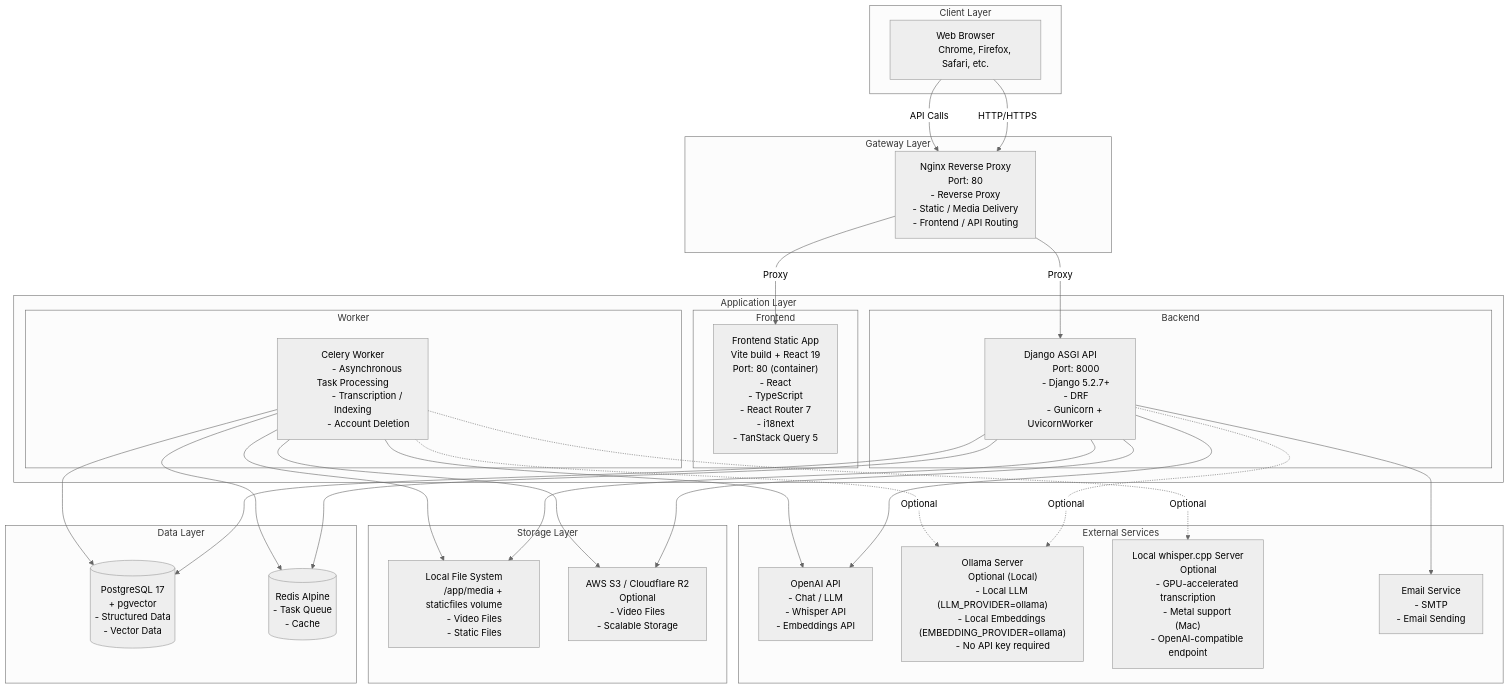
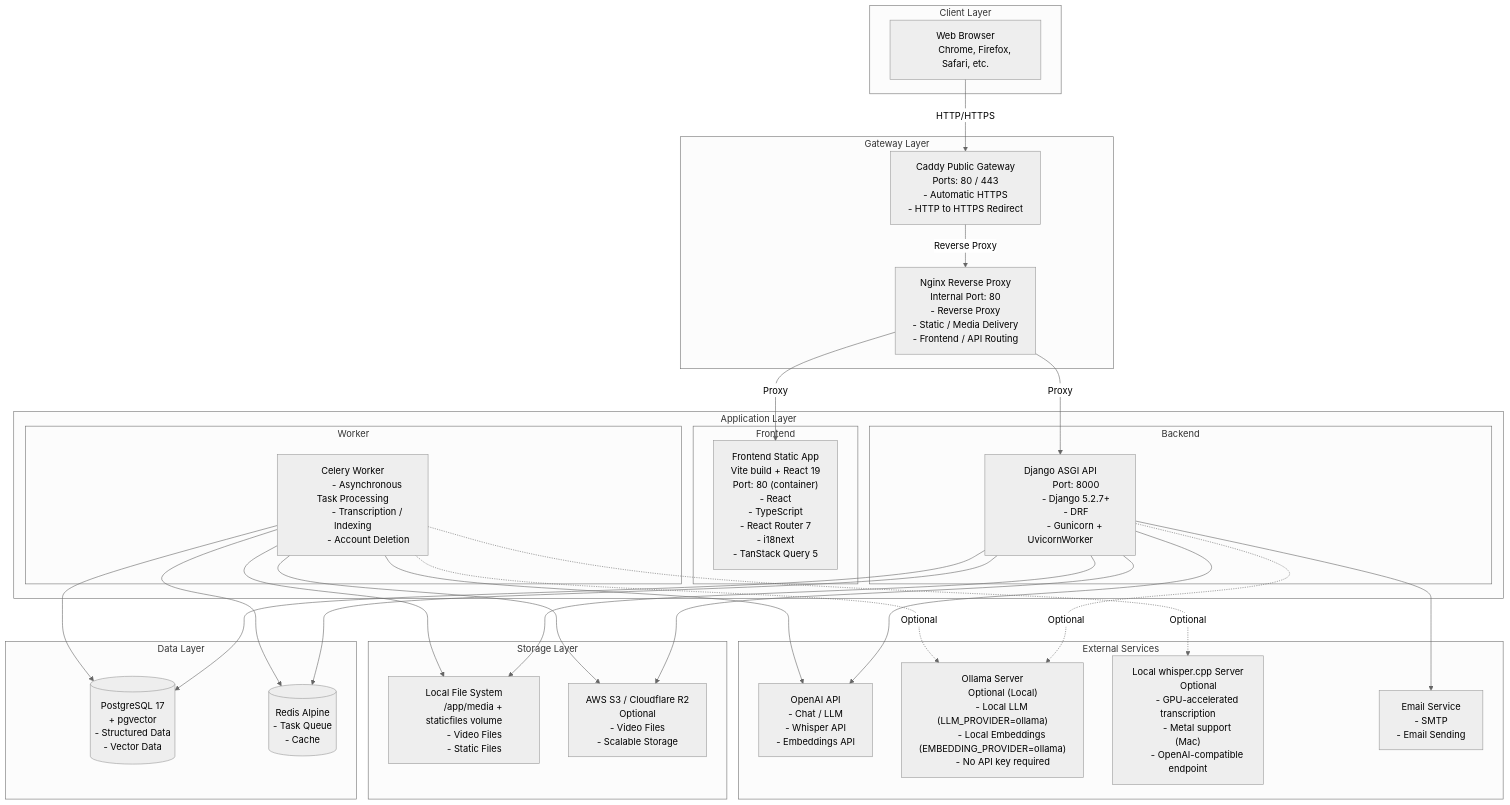
Before and after one commit to yukiharada1228/videoq: the first of 9 diagrams in docs/architecture/system-configuration-diagram.md, drawn with Mermaid (neutral theme). The commit also changed other lines of this file and 12 other files, not shown here.

Commit message:
docs: update system design, sequence diagrams, database schemas, and requirements docs

```diff
--- a/docs/architecture/system-configuration-diagram.md
+++ b/docs/architecture/system-configuration-diagram.md
@@ -14,8 +14,12 @@
     end
 
     subgraph Gateway["Gateway Layer"]
+        Caddy["Caddy Public Gateway
+        Ports: 80 / 443
+        - Automatic HTTPS
+        - HTTP to HTTPS Redirect"]
         Nginx["Nginx Reverse Proxy
-        Port: 80
+        Internal Port: 80
         - Reverse Proxy
         - Static / Media Delivery
         - Frontend / API Routing"]
@@ -90,10 +94,10 @@
         - Email Sending"]
     end
 
-    Browser -->|HTTP/HTTPS| Nginx
+    Browser -->|HTTP/HTTPS| Caddy
+    Caddy -->|Reverse Proxy| Nginx
     Nginx -->|Proxy| FrontendSPA
     Nginx -->|Proxy| Django
-    Browser -->|API Calls| Nginx
     Django --> PostgreSQL
     Django --> Redis
     Django --> LocalFS
```
